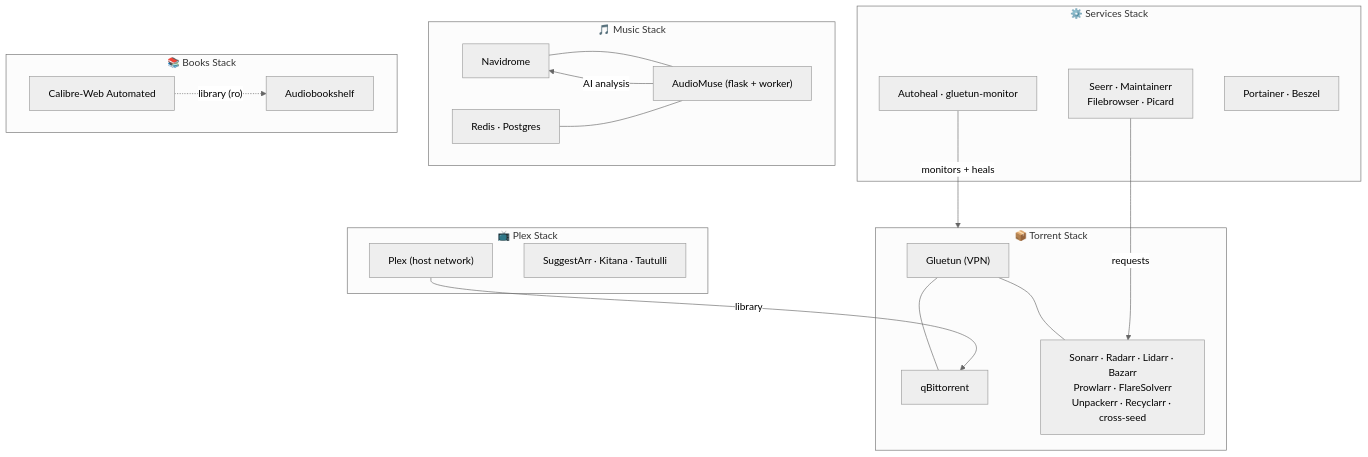
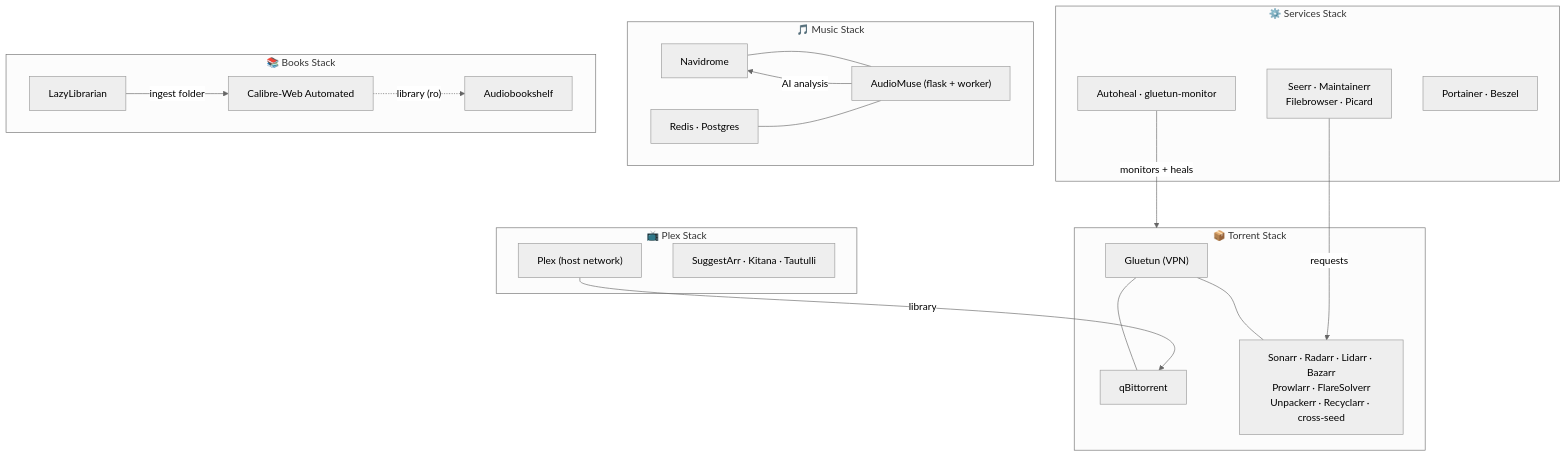
One commit to ZisisKostakakis/homelab-media changed the diagram in README.md. Above: the diagram before and after it, drawn with Mermaid (neutral theme). The commit also changed other lines of this file and 6 other files, not shown here.

First line of the commit message:
feat(books): add book search and download via LazyLibrarian and an ingest hook

````diff
--- a/README.md
+++ b/README.md
@@ -34,39 +34,41 @@
 ```mermaid
 graph TB
     subgraph TORRENT["📦 Torrent Stack"]
         GL["Gluetun (VPN)"]
         QB["qBittorrent"]
         ARR["Sonarr · Radarr · Lidarr · Bazarr\nProwlarr · FlareSolverr\nUnpackerr · Recyclarr · cross-seed"]
         GL --- QB & ARR
     end
 
     subgraph PLEX["📺 Plex Stack"]
         PX["Plex (host network)"]
         PS["SuggestArr · Kitana · Tautulli"]
     end
 
     subgraph SERVICES["⚙️ Services Stack"]
         SR["Seerr · Maintainerr\nFilebrowser · Picard"]
         SH["Autoheal · gluetun-monitor"]
         OPS["Portainer · Beszel"]
     end
 
     subgraph MUSIC["🎵 Music Stack"]
         NAV["Navidrome"]
         AM["AudioMuse (flask + worker)"]
         DB["Redis · Postgres"]
         NAV --- AM
         DB --- AM
     end
 
     subgraph BOOKS["📚 Books Stack"]
+        LL["LazyLibrarian"]
         CWA["Calibre-Web Automated"]
         ABS["Audiobookshelf"]
+        LL -->|"ingest folder"| CWA
         CWA -.->|"library (ro)"| ABS
     end
 
     SR -->|"requests"| ARR
     PX -->|"library"| QB
     SH -->|"monitors + heals"| TORRENT
     AM -->|"AI analysis"| NAV
 ```
````
